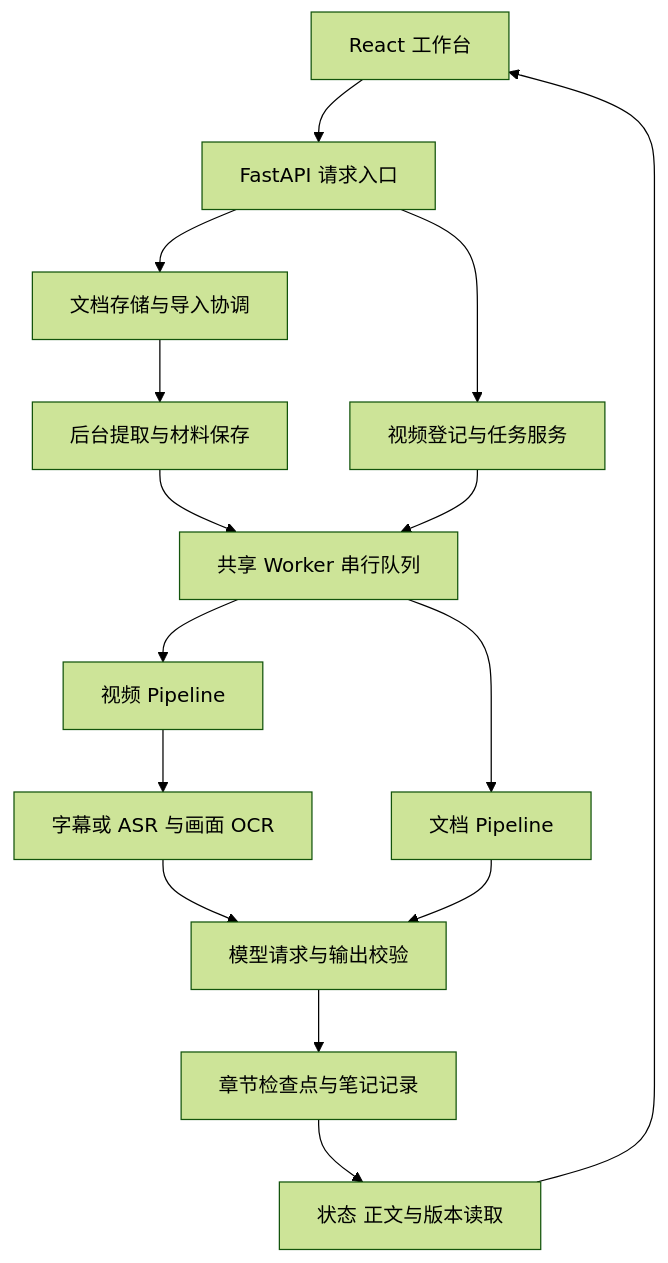
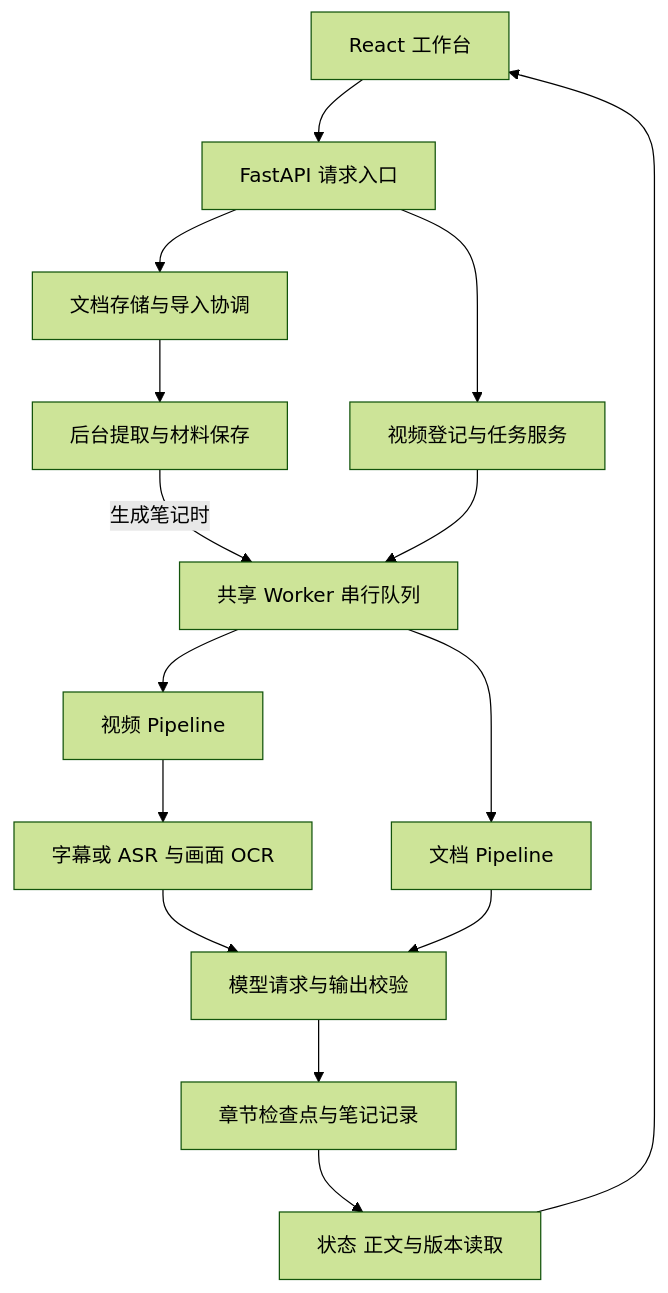
One commit to NEKOSAMA514/StudyBuddy changed the diagram in docs/architecture.md. Above: the diagram before and after it, drawn with Mermaid (forest theme). The commit also changed other lines of this file and 14 other files, not shown here.

````diff
--- a/docs/architecture.md
+++ b/docs/architecture.md
@@ -9,17 +9,17 @@
 ```mermaid
 flowchart TD
     UI[React 工作台] --> API[FastAPI 请求入口]
     API --> Video[视频登记与任务服务]
     API --> Document[文档存储与导入协调]
     Document --> Import[后台提取与材料保存]
-    Import --> Queue[共享 Worker 串行队列]
+    Import -->|生成笔记时| Queue[共享 Worker 串行队列]
     Video --> Queue
     Queue --> VP[视频 Pipeline]
     Queue --> DP[文档 Pipeline]
     VP --> Recognition[字幕或 ASR 与画面 OCR]
     Recognition --> Model[模型请求与输出校验]
     DP --> Model
     Model --> Saved[章节检查点与笔记记录]
     Saved --> Read[状态 正文与版本读取]
     Read --> UI
 ```
````
